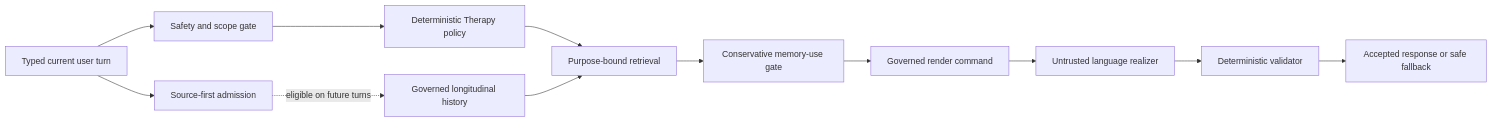
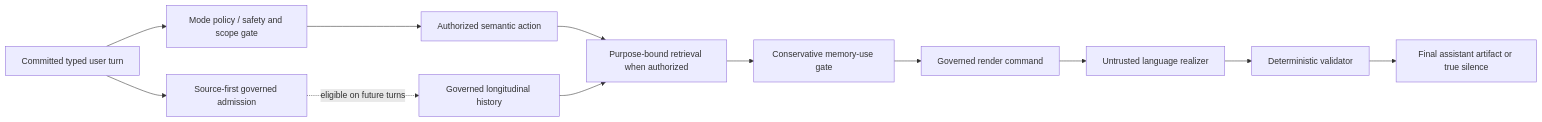
One commit to primalfunk/conundrum_thomas changed the diagram in README.md. Above: the diagram before and after it, drawn with Mermaid. The commit also changed other lines of this file and 13 other files, not shown here.

````diff
--- a/README.md
+++ b/README.md
@@ -61,14 +61,14 @@
 ```mermaid
 flowchart LR
-    U["Typed current user turn"] --> A["Source-first admission"]
-    U --> S["Safety and scope gate"]
-    S --> P["Deterministic Therapy policy"]
-    P --> R["Purpose-bound retrieval"]
+    U["Committed typed user turn"] --> A["Source-first governed admission"]
+    U --> S["Mode policy / safety and scope gate"]
+    S --> P["Authorized semantic action"]
+    P --> R["Purpose-bound retrieval when authorized"]
     H["Governed longitudinal history"] --> R
     A -. "eligible on future turns" .-> H
     R --> M["Conservative memory-use gate"]
     M --> C["Governed render command"]
     C --> L["Untrusted language realizer"]
     L --> V["Deterministic validator"]
-    V --> O["Accepted response or safe fallback"]
+    V --> O["Final assistant artifact or true silence"]
 ```
````
